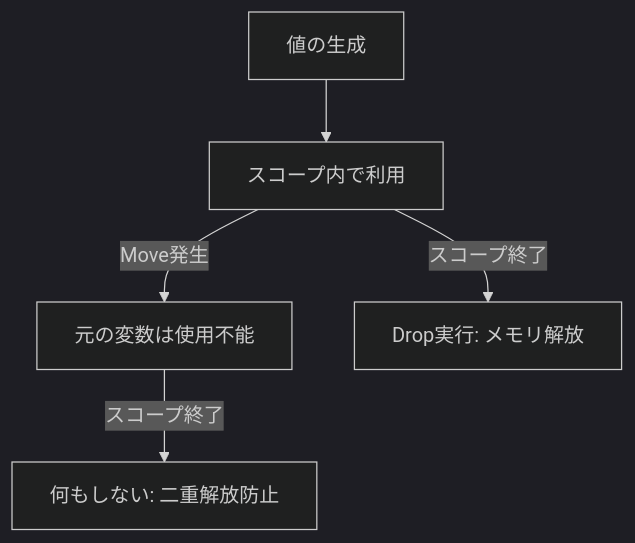
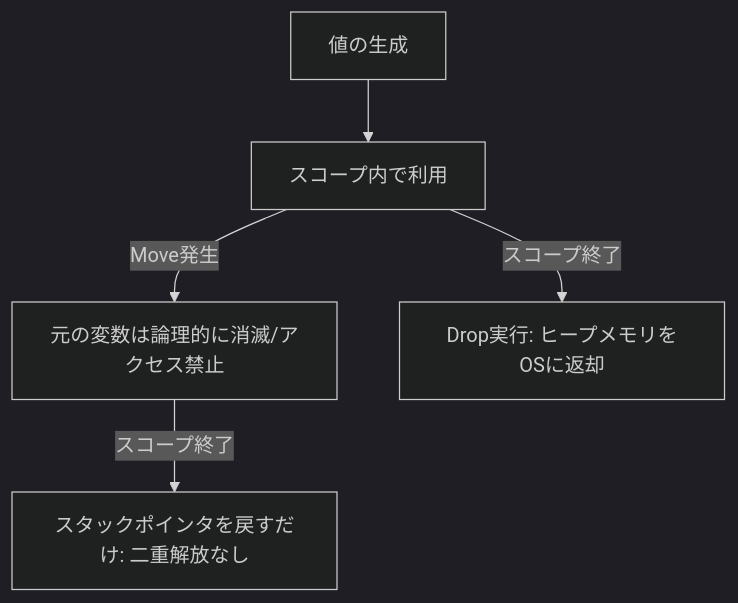
One commit to kanywst/rust changed the diagram in docs/04_ownership.md. Above: the diagram before and after it, drawn with Mermaid (dark theme). The commit also changed other lines of this file and 1 other file, not shown here.

````diff
--- a/docs/04_ownership.md
+++ b/docs/04_ownership.md
@@ -41,8 +46,8 @@
 ```mermaid
 flowchart TD
     Start[値の生成] --> InScope[スコープ内で利用]
-    InScope -->|Move発生| Invalidated[元の変数は使用不能]
-    InScope -->|スコープ終了| Drop[Drop実行: メモリ解放]
-    Invalidated -->|スコープ終了| NoOp[何もしない: 二重解放防止]
+    InScope -->|Move発生| Invalidated[元の変数は論理的に消滅/アクセス禁止]
+    InScope -->|スコープ終了| Drop[Drop実行: ヒープメモリをOSに返却]
+    Invalidated -->|スコープ終了| NoOp[スタックポインタを戻すだけ: 二重解放なし]
 
 ```
````
